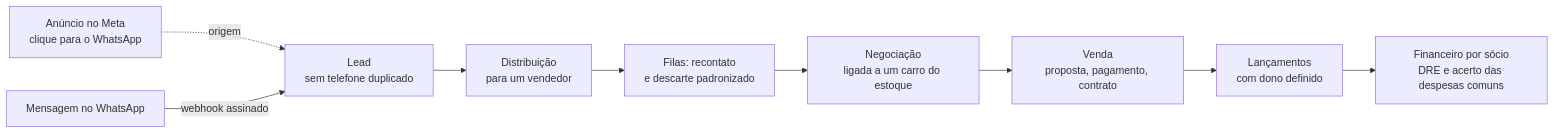
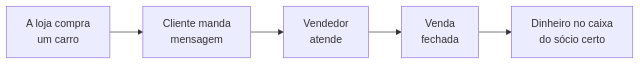
Before and after one commit to Vitor-Brosque/rodoviariaos-showcase: the diagram in README.md, drawn with Mermaid. The commit also changed other lines of this file, not shown here.

````diff
--- a/README.md
+++ b/README.md
@@ -25,11 +24,7 @@
 ```mermaid
 flowchart LR
-    A[Anúncio no Meta<br/>clique para o WhatsApp] -.origem.-> B
-    W[Mensagem no WhatsApp] -->|webhook assinado| B[Lead<br/>sem telefone duplicado]
-    B --> C[Distribuição<br/>para um vendedor]
-    C --> D[Filas: recontato<br/>e descarte padronizado]
-    D --> E[Negociação<br/>ligada a um carro do estoque]
-    E --> F[Venda<br/>proposta, pagamento, contrato]
-    F --> G[Lançamentos<br/>com dono definido]
-    G --> H[Financeiro por sócio<br/>DRE e acerto das despesas comuns]
+    A[A loja compra<br/>um carro] --> B[Cliente manda<br/>mensagem]
+    B --> C[Vendedor<br/>atende]
+    C --> D[Venda<br/>fechada]
+    D --> E[Dinheiro no caixa<br/>do sócio certo]
 ```
````
